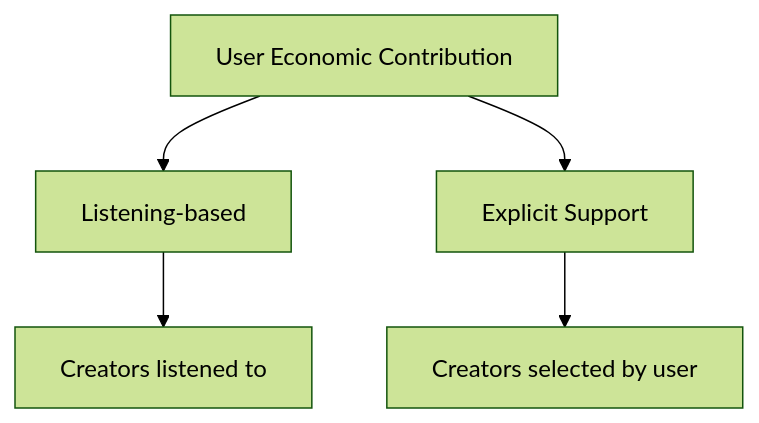
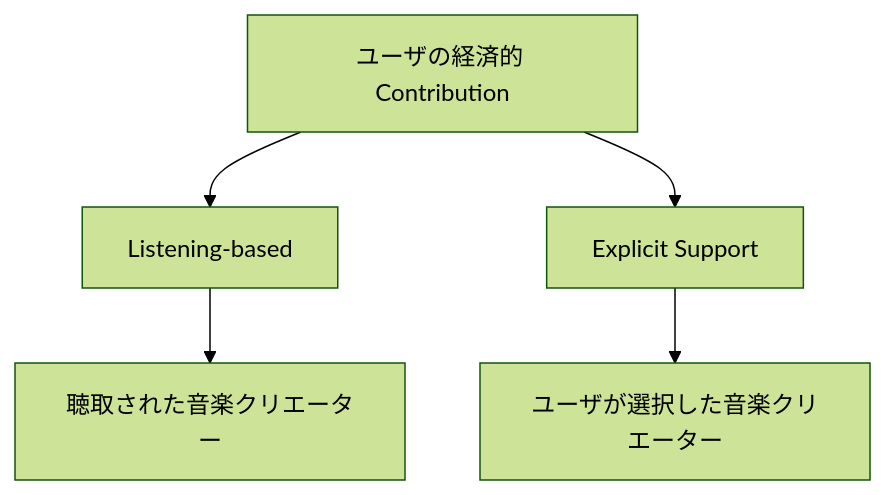
The sixth of 27 diagrams in docs/whitepaper/06-economics-mathjax.md (ShigeichiroYamasaki/creator-first-platform), drawn with Mermaid (forest theme) before and after one commit. The commit also changed other lines of this file and 67 other files, not shown here.

````diff
--- a/docs/whitepaper/06-economics-mathjax.md
+++ b/docs/whitepaper/06-economics-mathjax.md
@@ -358,9 +358,9 @@
 ```mermaid
 flowchart TD
-    VALUE[User Economic Contribution]
+    VALUE[ユーザの経済的 Contribution]
     VALUE --> LISTEN[Listening-based]
     VALUE --> SUPPORT[Explicit Support]
 
-    LISTEN --> C1[Creators listened to]
-    SUPPORT --> C2[Creators selected by user]
+    LISTEN --> C1[聴取された音楽クリエーター]
+    SUPPORT --> C2[ユーザが選択した音楽クリエーター]
 ```
````
